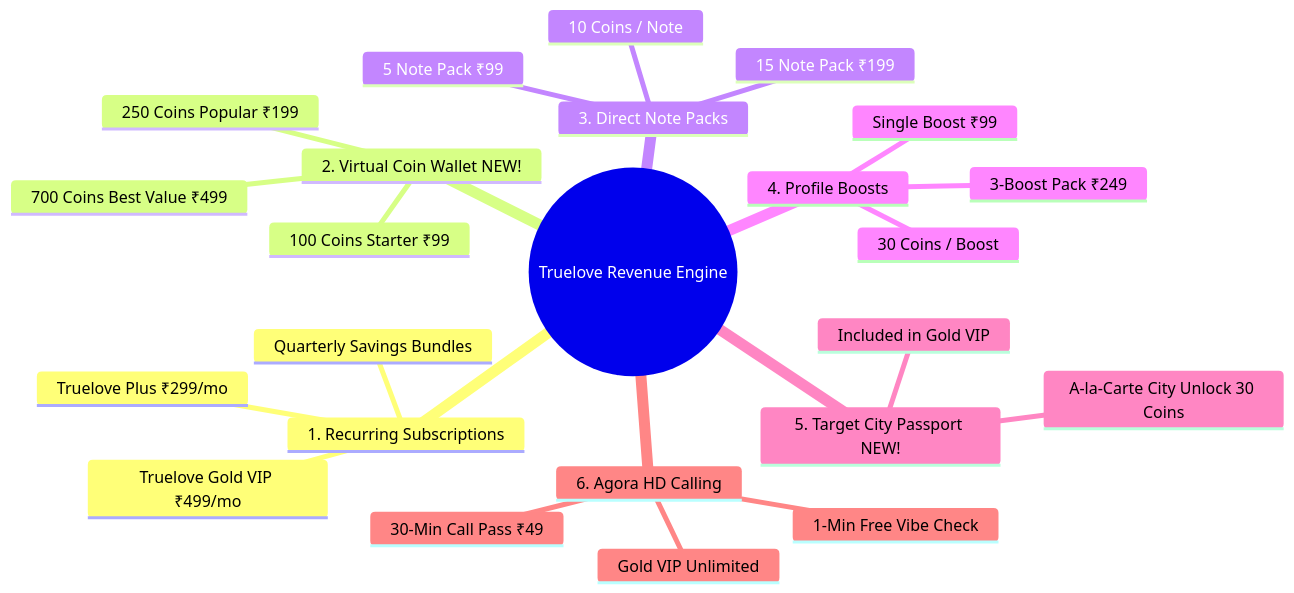
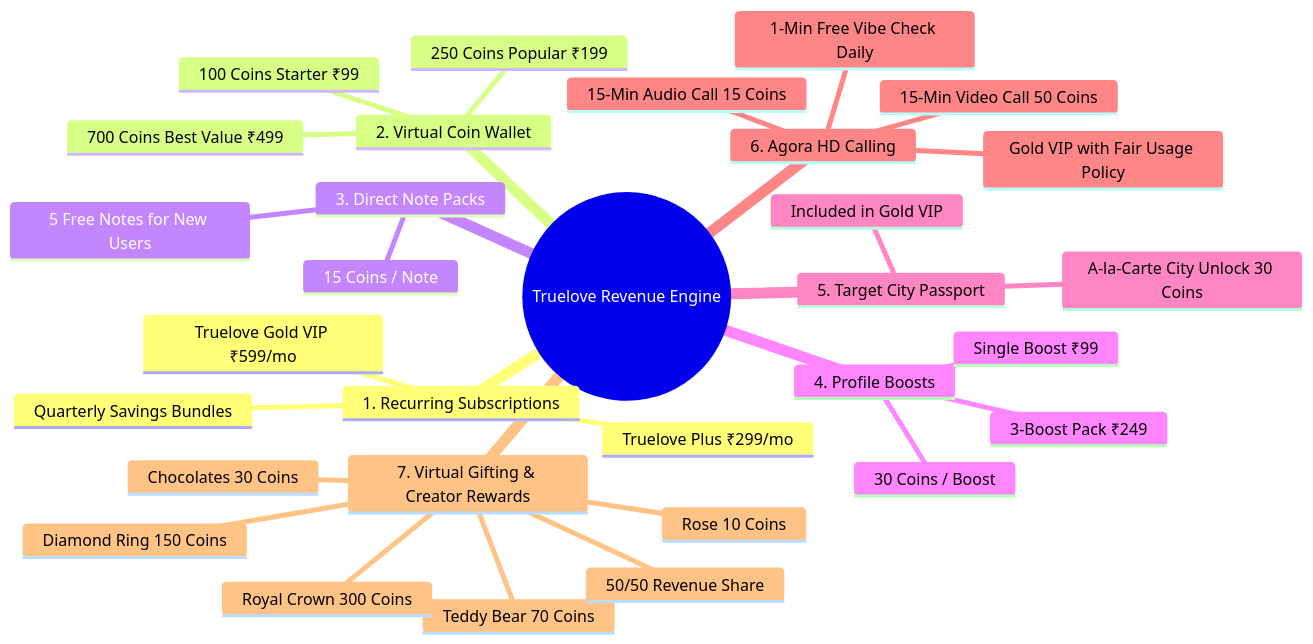
One commit to godivatech/dating_app changed the diagram in docs/dating_app_revenue_model.md. Above: the diagram before and after it, drawn with Mermaid. The commit also changed other lines of this file and 16 other files, not shown here.

Commit message:
feat: update virtual gifting features across mobile and backend

````diff
--- a/docs/dating_app_revenue_model.md
+++ b/docs/dating_app_revenue_model.md
@@ -37,27 +38,34 @@
 ```mermaid
 mindmap
   root((Truelove Revenue Engine))
     1. Recurring Subscriptions
       Truelove Plus ₹299/mo
-      Truelove Gold VIP ₹499/mo
+      Truelove Gold VIP ₹599/mo
       Quarterly Savings Bundles
-    2. Virtual Coin Wallet NEW!
+    2. Virtual Coin Wallet
       100 Coins Starter ₹99
       250 Coins Popular ₹199
       700 Coins Best Value ₹499
     3. Direct Note Packs
-      10 Coins / Note
-      5 Note Pack ₹99
-      15 Note Pack ₹199
+      15 Coins / Note
+      5 Free Notes for New Users
     4. Profile Boosts
       30 Coins / Boost
       Single Boost ₹99
       3-Boost Pack ₹249
-    5. Target City Passport NEW!
+    5. Target City Passport
       Included in Gold VIP
       A-la-Carte City Unlock 30 Coins
     6. Agora HD Calling
-      1-Min Free Vibe Check
-      30-Min Call Pass ₹49
-      Gold VIP Unlimited
+      1-Min Free Vibe Check Daily
+      15-Min Audio Call 15 Coins
+      15-Min Video Call 50 Coins
+      Gold VIP with Fair Usage Policy
+    7. Virtual Gifting & Creator Rewards
+      Rose 10 Coins
+      Chocolates 30 Coins
+      Teddy Bear 70 Coins
+      Diamond Ring 150 Coins
+      Royal Crown 300 Coins
+      50/50 Revenue Share
 ```
````
